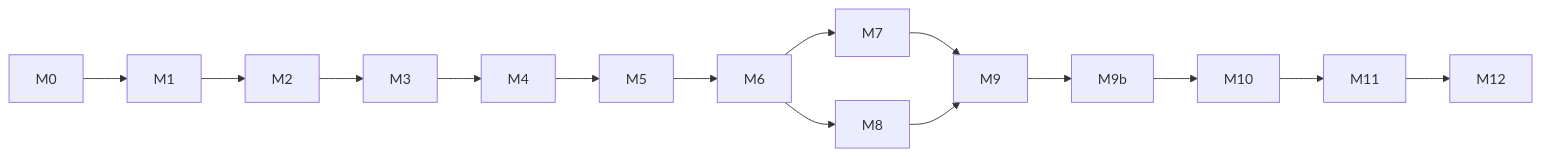
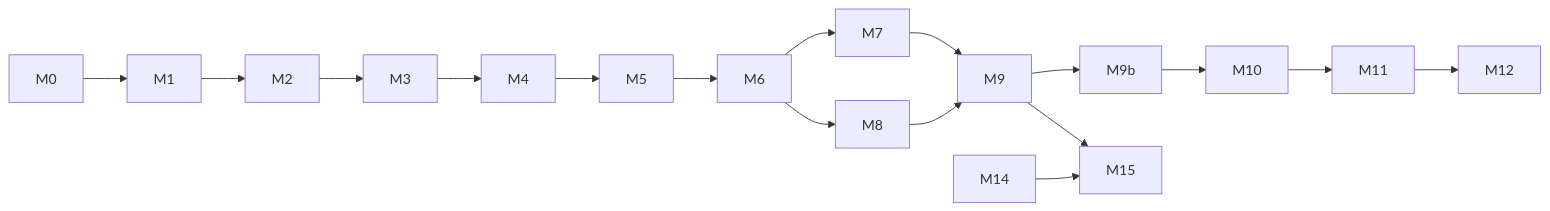
One commit to gacevedo/NegSwift changed the diagram in PLAN.md. Above: the diagram before and after it, drawn with Mermaid. The commit also changed other lines of this file and 4 other files, not shown here.

````diff
--- a/PLAN.md
+++ b/PLAN.md
@@ -965,9 +1093,11 @@
 ```mermaid
 flowchart LR
   M0 --> M1 --> M2 --> M3
   M3 --> M4 --> M5 --> M6 --> M7
   M6 --> M8
   M7 --> M9 --> M9b --> M10
   M8 --> M9
   M10 --> M11 --> M12
+  M9 --> M15
+  M14 --> M15
 ```
````
